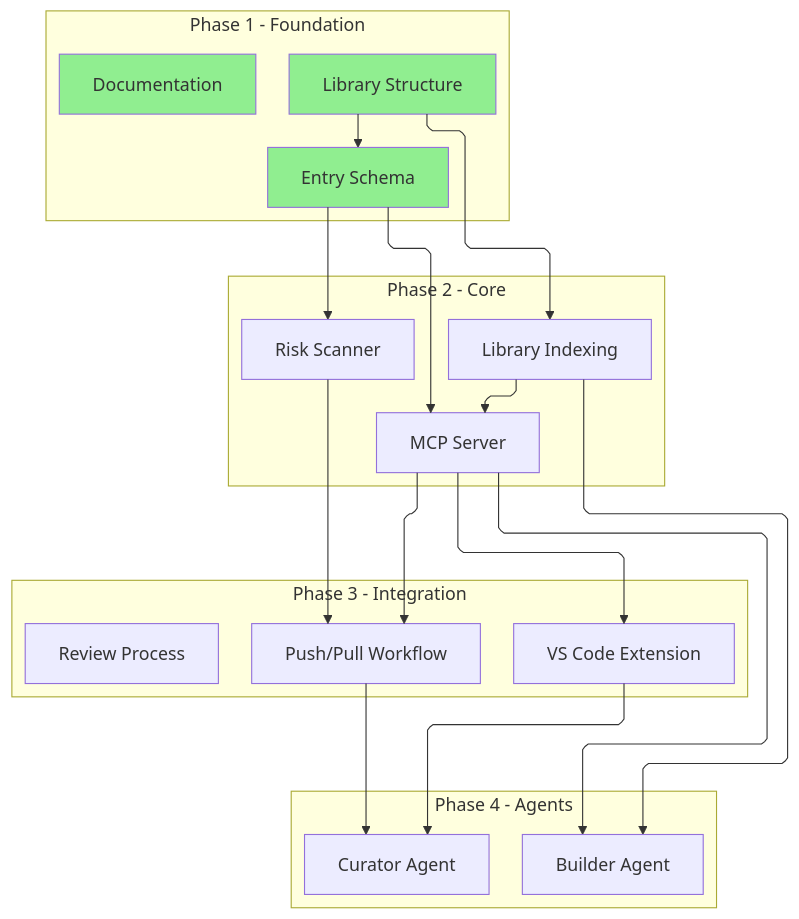
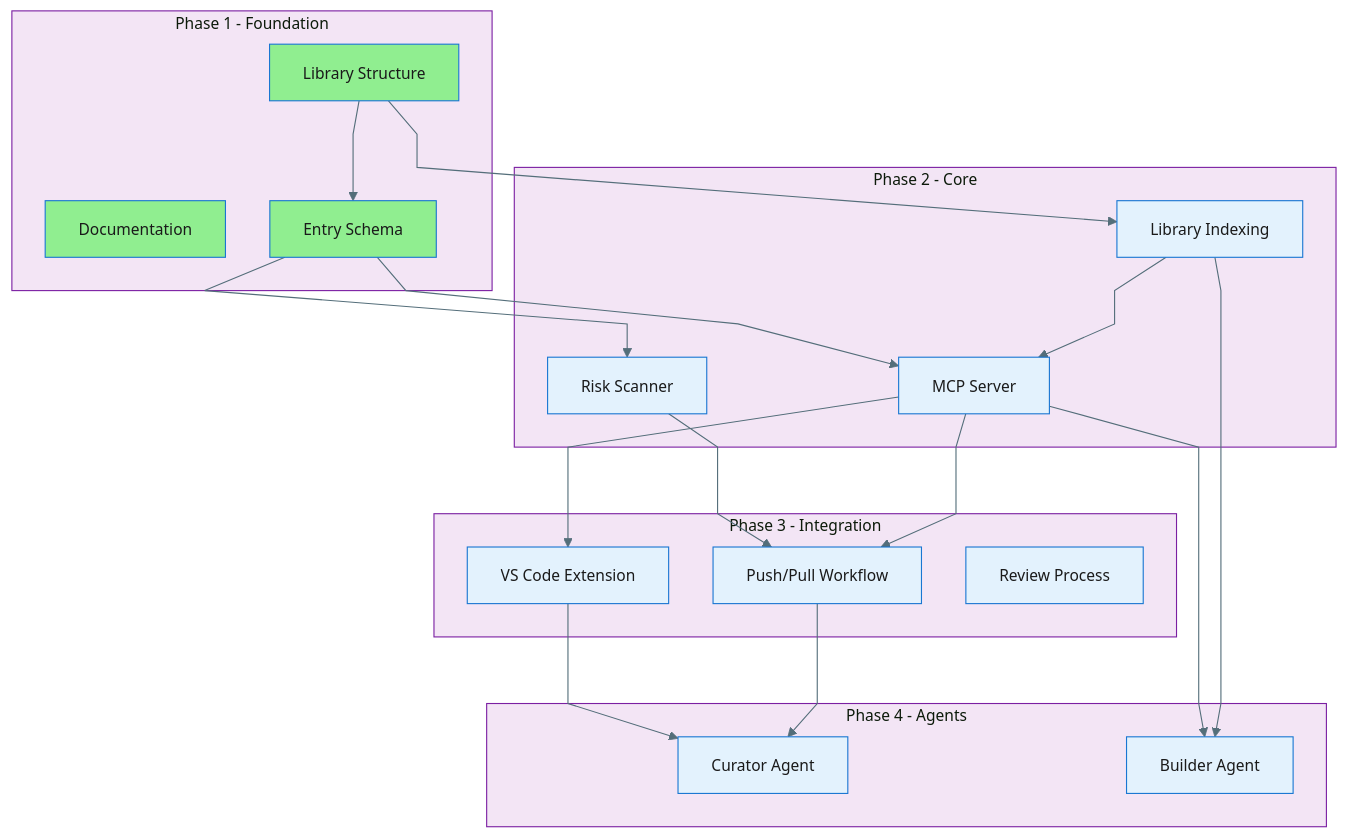
One commit to Lizo-RoadTown/PROVES_LIBRARY changed the second of 2 diagrams in docs/TASKS.md. Above: the diagram before and after it, drawn with Mermaid. The commit also changed other lines of this file and 14 other files, not shown here.

First line of the commit message:
Apply professional theme to all Mermaid diagrams

````diff
--- a/docs/TASKS.md
+++ b/docs/TASKS.md
@@ -27,45 +49,67 @@
 ```mermaid
-%%{init: {'flowchart': {'defaultRenderer': 'elk', 'curve': 'linear'}}}%%
+%%{init: {
+  'theme': 'base',
+  'themeVariables': {
+    'primaryColor': '#e3f2fd',
+    'primaryTextColor': '#1a1a1a',
+    'primaryBorderColor': '#1976d2',
+    'secondaryColor': '#fff8e1',
+    'secondaryBorderColor': '#f9a825',
+    'tertiaryColor': '#f3e5f5',
+    'tertiaryBorderColor': '#7b1fa2',
+    'lineColor': '#546e7a',
+    'textColor': '#1a1a1a',
+    'fontFamily': 'system-ui, -apple-system, sans-serif',
+    'fontSize': '14px'
+  },
+  'flowchart': {
+    'curve': 'linear',
+    'nodeSpacing': 40,
+    'rankSpacing': 60,
+    'padding': 15,
+    'htmlLabels': true
+  }
+}}%%
 flowchart TB
     subgraph Phase1[Phase 1 - Foundation]
         P1A[Library Structure]
         P1B[Documentation]
         P1C[Entry Schema]
     end
 
     subgraph Phase2[Phase 2 - Core]
         P2A[MCP Server]
         P2B[Risk Scanner]
         P2C[Library Indexing]
     end
 
     subgraph Phase3[Phase 3 - Integration]
         P3A[VS Code Extension]
         P3B[Push/Pull Workflow]
         P3C[Review Process]
     end
 
     subgraph Phase4[Phase 4 - Agents]
         P4A[Curator Agent]
         P4B[Builder Agent]
     end
 
     P1A --> P1C
     P1C --> P2A
     P1C --> P2B
     P1A --> P2C
 
     P2A --> P3A
     P2B --> P3B
     P2A --> P3B
     P2C --> P2A
 
     P3A --> P4A
     P3B --> P4A
     P2A --> P4B
     P2C --> P4B
 
     style P1A fill:#90EE90
     style P1B fill:#90EE90
     style P1C fill:#90EE90
 ```
````
